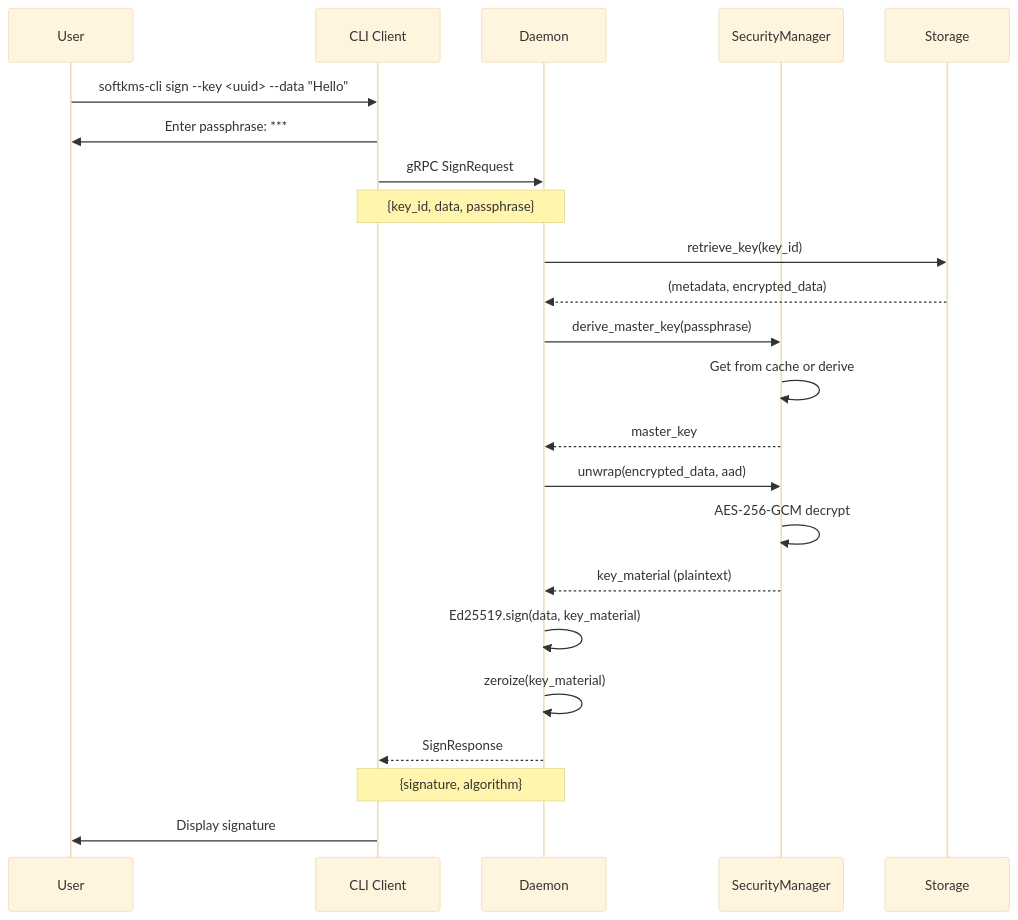
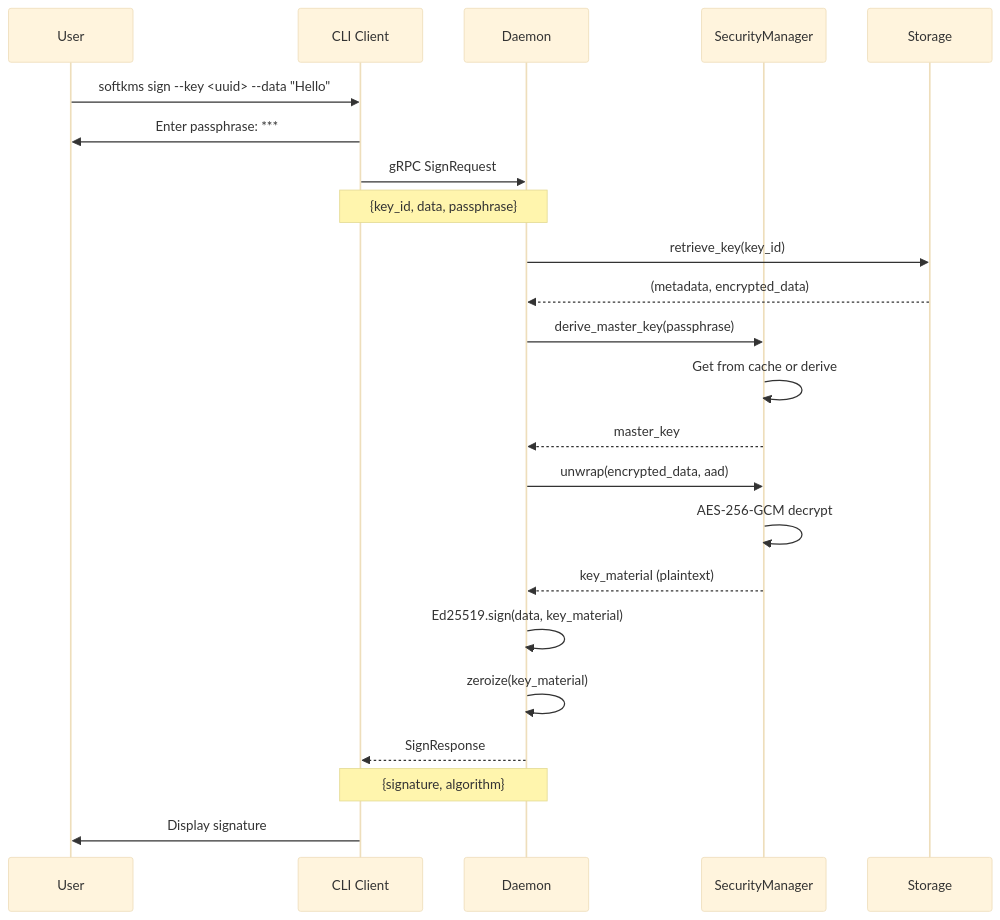
Before and after one commit to ehanoc/softKMS: the fifth of 7 diagrams in docs/CLI_DAEMON_ARCHITECTURE.md, drawn with Mermaid (base theme). The commit also changed other lines of this file and 12 other files, not shown here.

First line of the commit message:
refactor: Rename CLI binary from softkms-cli to softkms

````diff
--- a/docs/CLI_DAEMON_ARCHITECTURE.md
+++ b/docs/CLI_DAEMON_ARCHITECTURE.md
@@ -139,31 +139,31 @@
 ```mermaid
 sequenceDiagram
     participant U as User
     participant CLI as CLI Client
     participant D as Daemon
     participant SM as SecurityManager
     participant S as Storage
 
-    U->>CLI: softkms-cli sign --key <uuid> --data "Hello"
+    U->>CLI: softkms sign --key <uuid> --data "Hello"
     CLI->>U: Enter passphrase: ***
     CLI->>D: gRPC SignRequest
     Note over CLI,D: {key_id, data, passphrase}
     
     D->>S: retrieve_key(key_id)
     S-->>D: (metadata, encrypted_data)
     
     D->>SM: derive_master_key(passphrase)
     SM->>SM: Get from cache or derive
     SM-->>D: master_key
     
     D->>SM: unwrap(encrypted_data, aad)
     SM->>SM: AES-256-GCM decrypt
     SM-->>D: key_material (plaintext)
     
     D->>D: Ed25519.sign(data, key_material)
     D->>D: zeroize(key_material)
     
     D-->>CLI: SignResponse
     Note over D,CLI: {signature, algorithm}
     CLI->>U: Display signature
 ```
````
